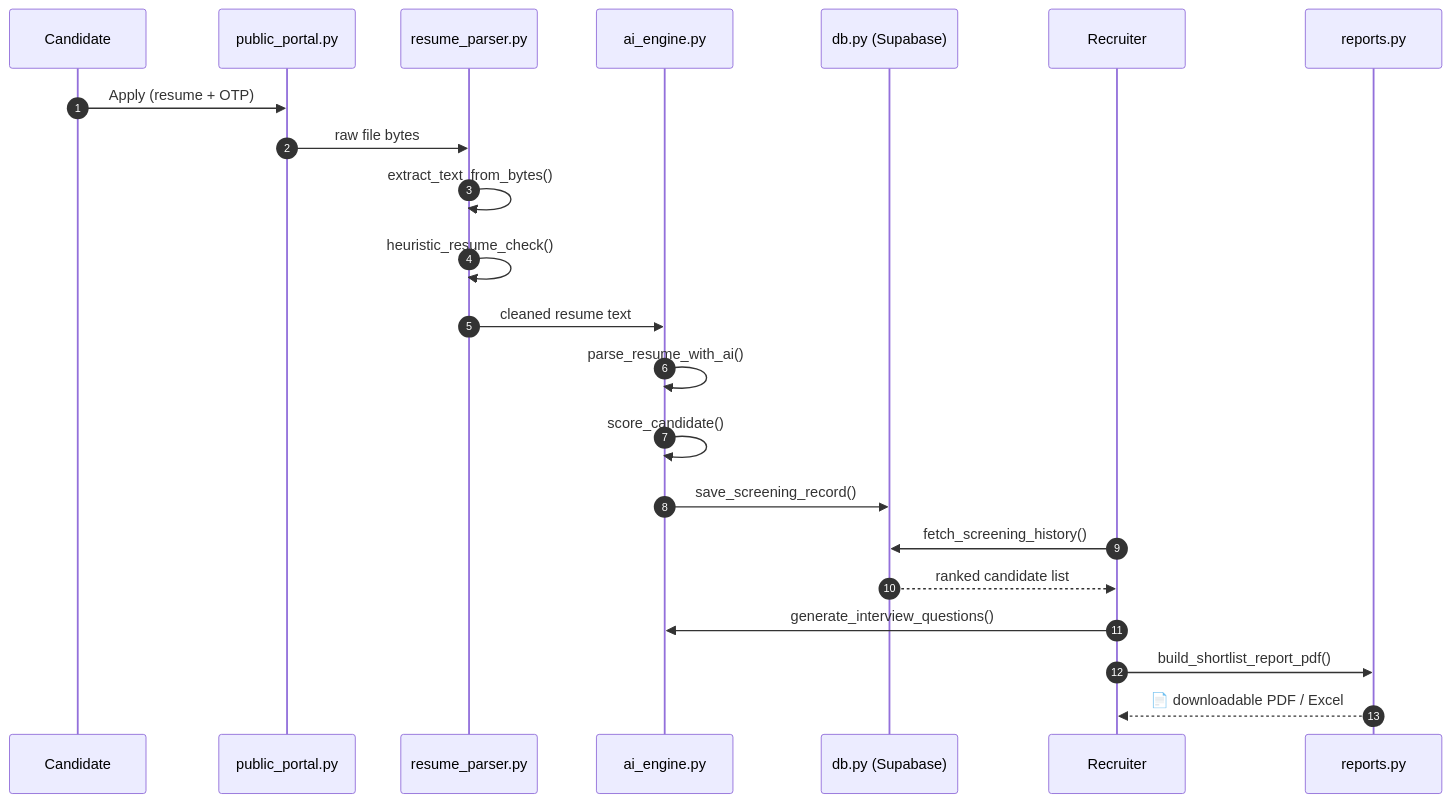
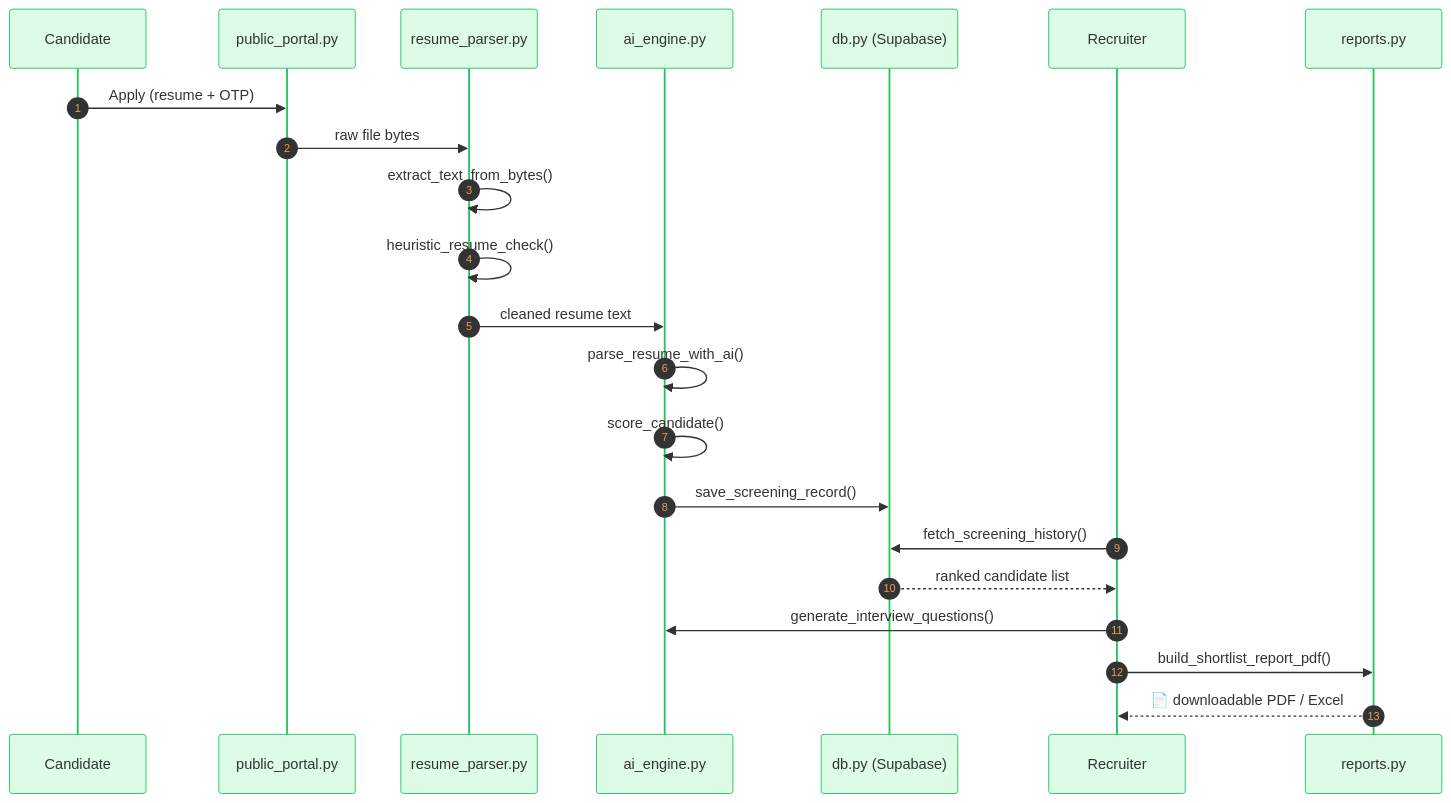
One commit to irfanshafi21/icd-platform changed the second of 2 diagrams in README.md. Above: the diagram before and after it, drawn with Mermaid. The commit also changed other lines of this file, not shown here.

````diff
--- a/README.md
+++ b/README.md
@@ -210,25 +249,26 @@
 ```mermaid
+%%{init: {'theme':'base', 'themeVariables': {'primaryColor':'#DCFCE7','primaryBorderColor':'#22C55E','lineColor':'#185FA5'}}}%%
 sequenceDiagram
     autonumber
     participant 🧑 as Candidate
     participant Portal as public_portal.py
     participant Parser as resume_parser.py
     participant AI as ai_engine.py
     participant DB as db.py (Supabase)
     participant 👤 as Recruiter
     participant Reports as reports.py
 
     🧑->>Portal: Apply (resume + OTP)
     Portal->>Parser: raw file bytes
     Parser->>Parser: extract_text_from_bytes()
     Parser->>Parser: heuristic_resume_check()
     Parser->>AI: cleaned resume text
     AI->>AI: parse_resume_with_ai()
     AI->>AI: score_candidate()
     AI->>DB: save_screening_record()
     👤->>DB: fetch_screening_history()
     DB-->>👤: ranked candidate list
     👤->>AI: generate_interview_questions()
     👤->>Reports: build_shortlist_report_pdf()
     Reports-->>👤: 📄 downloadable PDF / Excel
 ```
````
